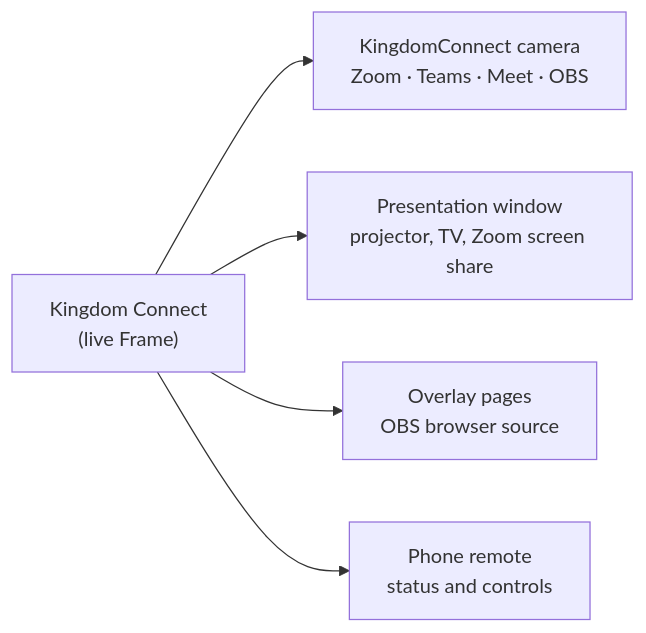
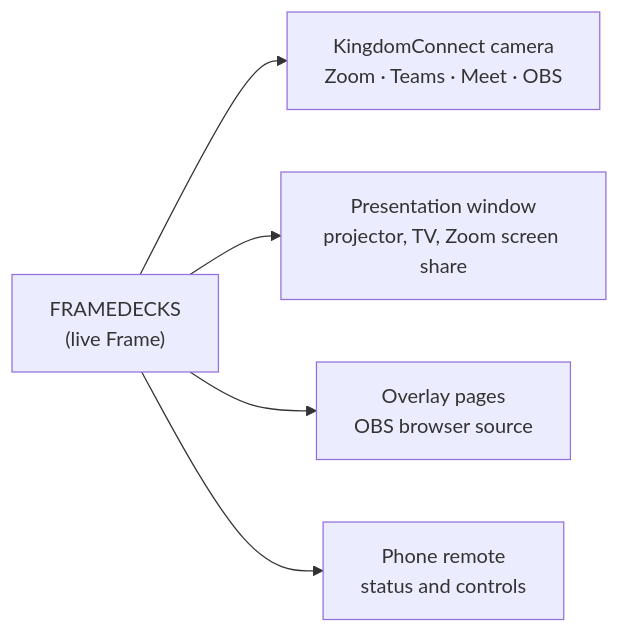
Before and after one commit to mshobin/FrameDecks: the diagram in docs/presentations.md, drawn with Mermaid. The commit also changed other lines of this file and 229 other files, not shown here.

````diff
--- a/docs/presentations.md
+++ b/docs/presentations.md
@@ -30,7 +30,7 @@
 ```mermaid
 flowchart LR
-  K["Kingdom Connect<br/>(live Frame)"] --> CAM["KingdomConnect camera<br/>Zoom · Teams · Meet · OBS"]
+  K["FRAMEDECKS<br/>(live Frame)"] --> CAM["KingdomConnect camera<br/>Zoom · Teams · Meet · OBS"]
   K --> PW["Presentation window<br/>projector, TV, Zoom screen share"]
   K --> OV["Overlay pages<br/>OBS browser source"]
   K --> PH["Phone remote<br/>status and controls"]
 ```
````
